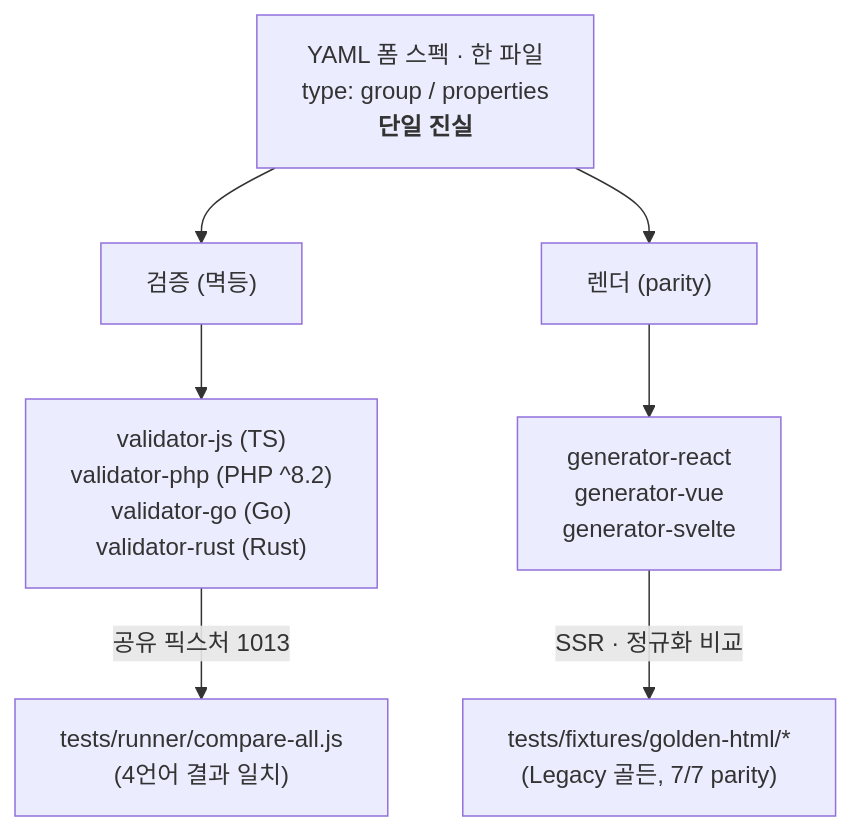
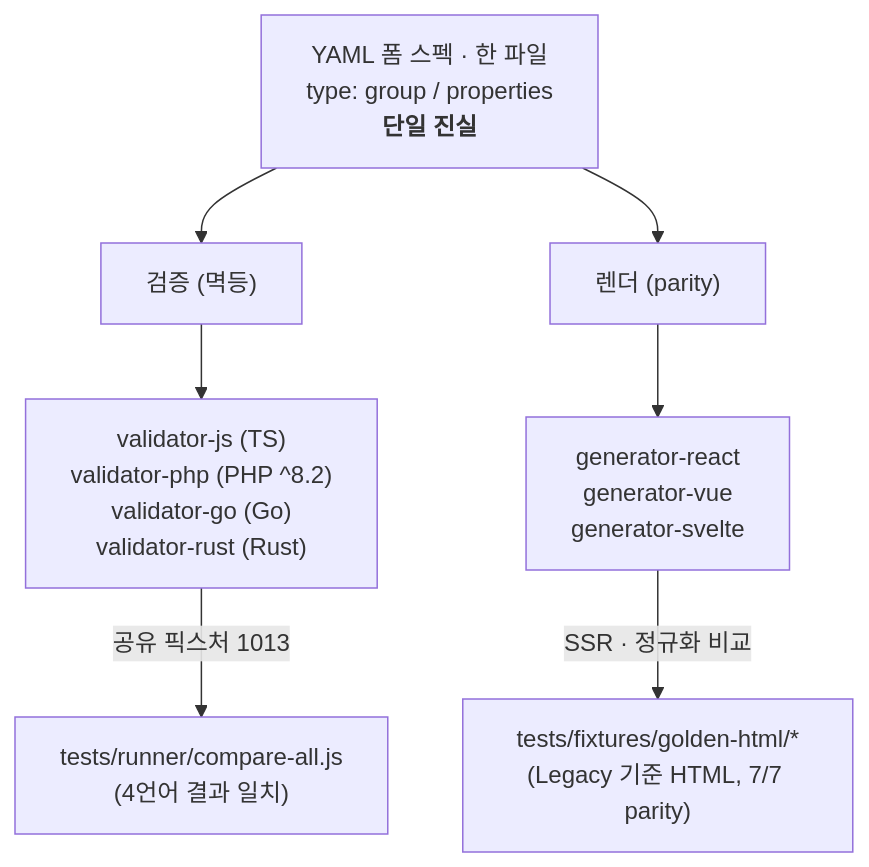
One commit to polyspec/crudui changed the diagram in README.md. Above: the diagram before and after it, drawn with Mermaid. The commit also changed other lines of this file and 7 other files, not shown here.

````diff
--- a/README.md
+++ b/README.md
@@ -25,10 +25,10 @@
 ```mermaid
 flowchart TD
     spec["YAML 폼 스펙 · 한 파일<br/>type: group / properties<br/><b>단일 진실</b>"]
     spec --> V["검증 (멱등)"]
     spec --> R["렌더 (parity)"]
     V --> VL["validator-js (TS)<br/>validator-php (PHP ^8.2)<br/>validator-go (Go)<br/>validator-rust (Rust)"]
     R --> RL["generator-react<br/>generator-vue<br/>generator-svelte"]
     VL -->|"공유 픽스처 1013"| CMP["tests/runner/compare-all.js<br/>(4언어 결과 일치)"]
-    RL -->|"SSR · 정규화 비교"| G["tests/fixtures/golden-html/*<br/>(Legacy 골든, 7/7 parity)"]
+    RL -->|"SSR · 정규화 비교"| G["tests/fixtures/golden-html/*<br/>(Legacy 기준 HTML, 7/7 parity)"]
 ```
````
